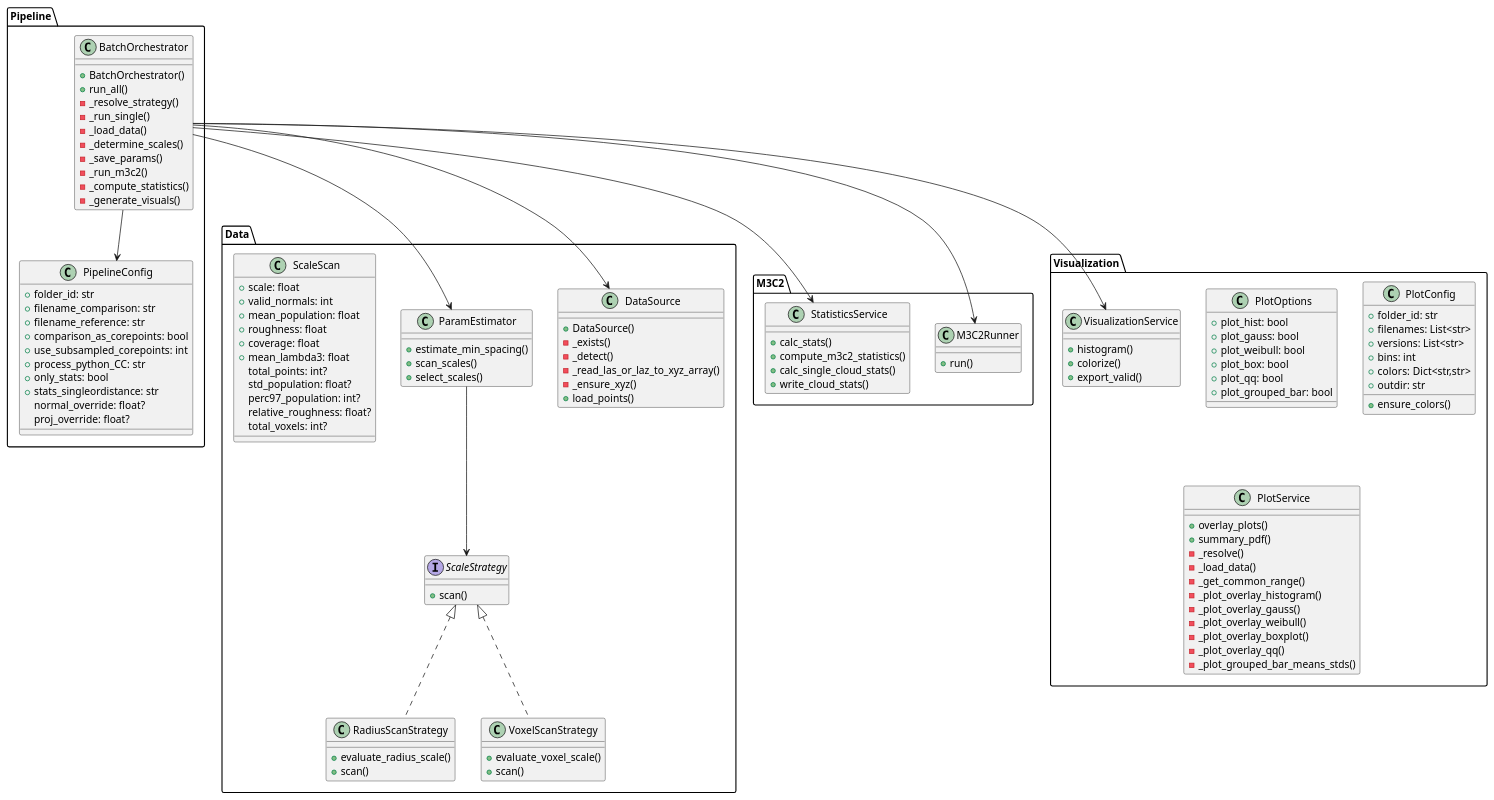
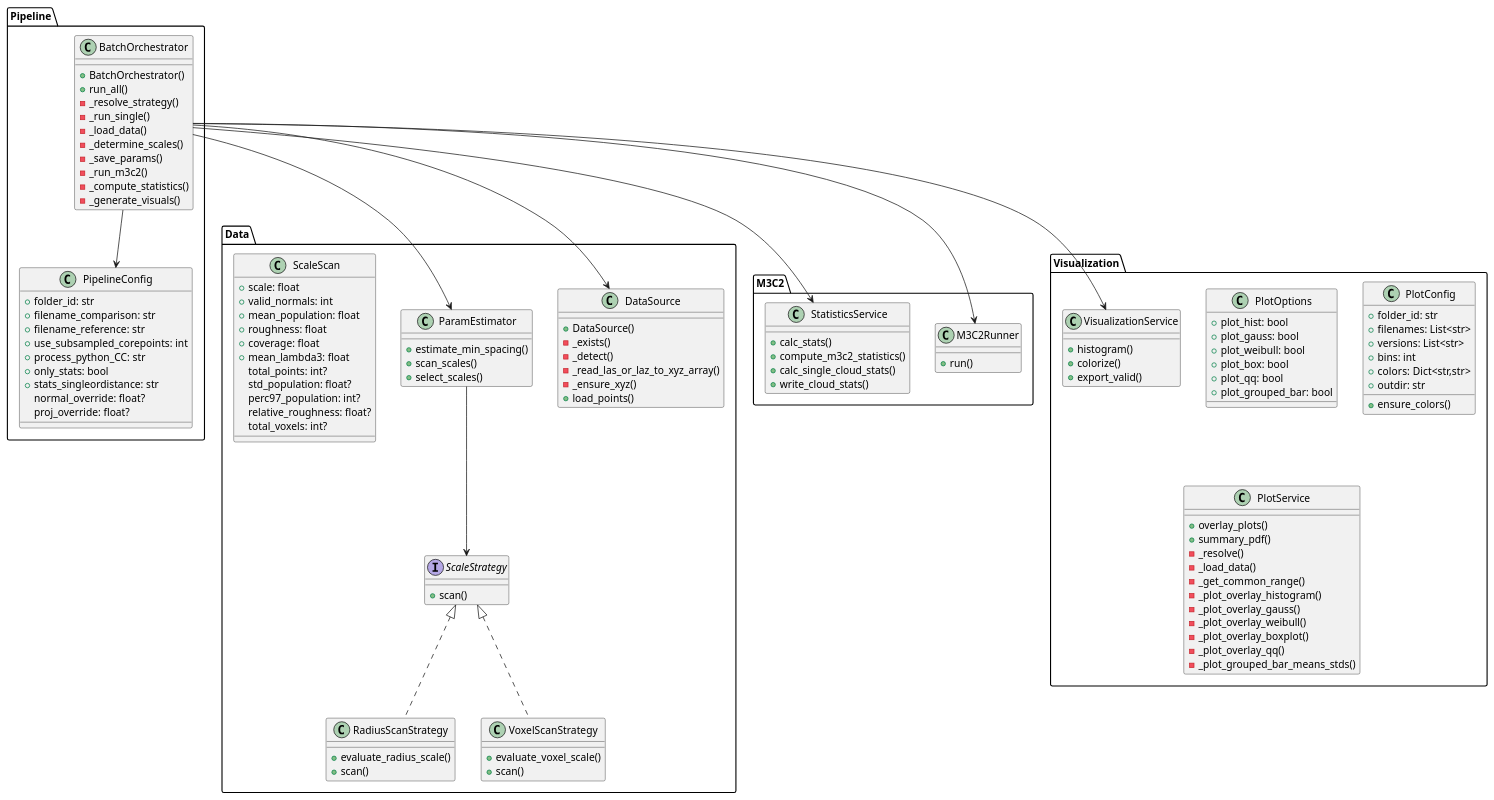
The diagram in docu/uml/uml.md (sigi-campus02/M3C2), drawn with PlantUML before and after one commit. The commit also changed 14 other files, not shown here.

Commit message:
refactor: remove comparison_as_corepoints from configuration and related files

```diff
--- a/docu/uml/uml.md
+++ b/docu/uml/uml.md
@@ -7,7 +7,6 @@
     +folder_id: str
     +filename_comparison: str
     +filename_reference: str
-    +comparison_as_corepoints: bool
     +use_subsampled_corepoints: int
     +process_python_CC: str
     +only_stats: bool
```
